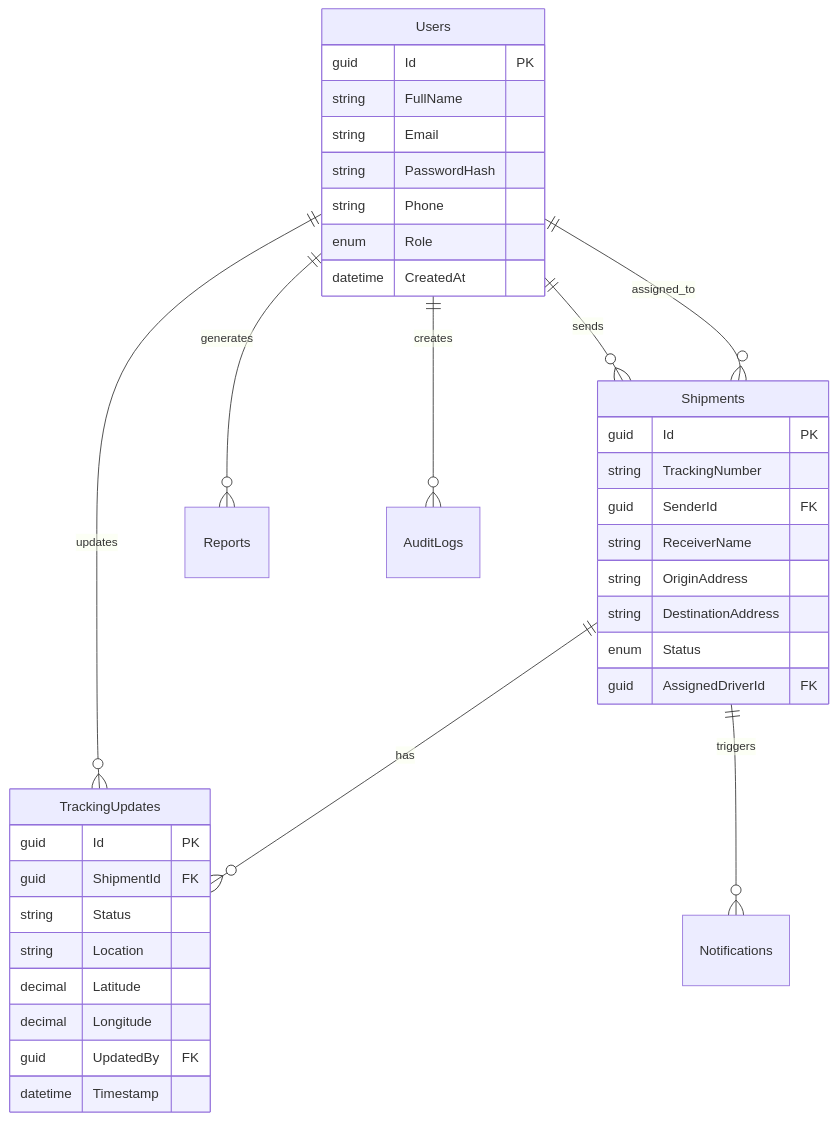
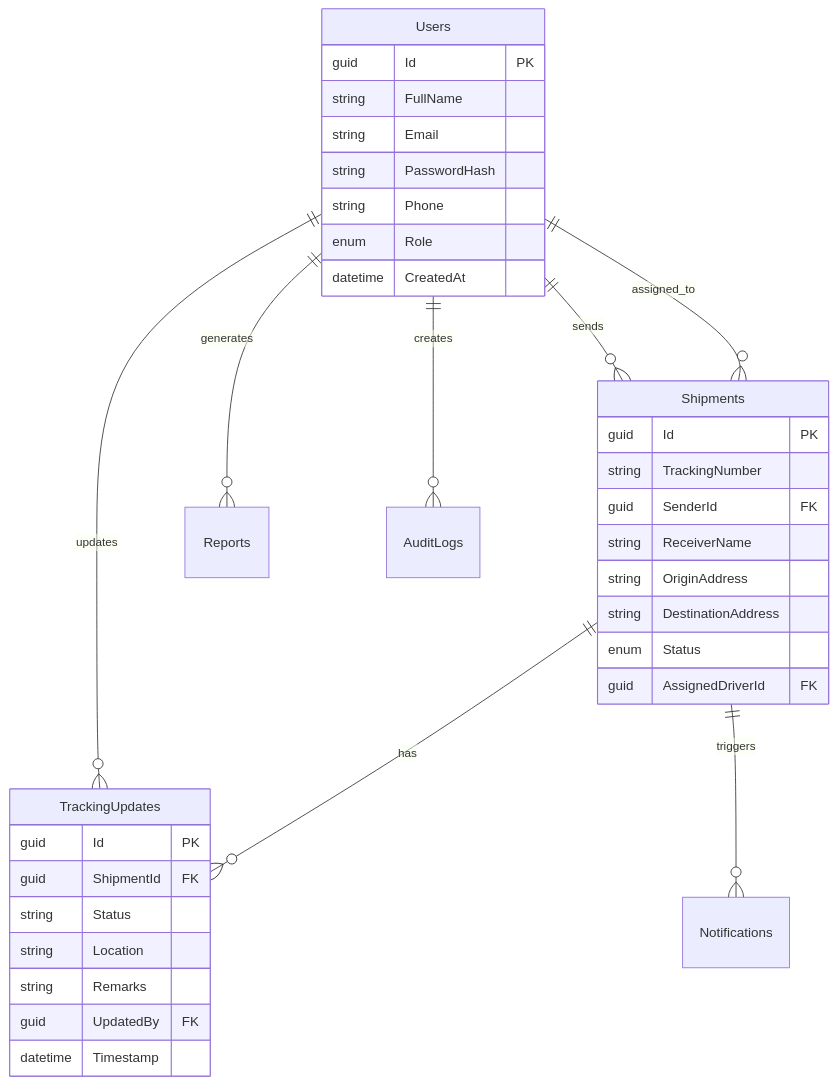
One commit to Amarnath-18/DemoProj changed the second of 3 diagrams in demoProject/README.md. Above: the diagram before and after it, drawn with Mermaid. The commit also changed other lines of this file and 32 other files, not shown here.

````diff
--- a/demoProject/README.md
+++ b/demoProject/README.md
@@ -365,42 +384,41 @@
 ```mermaid
 erDiagram
     Users ||--o{ Shipments : "sends"
     Users ||--o{ Shipments : "assigned_to"
     Users ||--o{ TrackingUpdates : "updates"
     Users ||--o{ Reports : "generates"
     Users ||--o{ AuditLogs : "creates"
     Shipments ||--o{ TrackingUpdates : "has"
     Shipments ||--o{ Notifications : "triggers"
     
     Users {
         guid Id PK
         string FullName
         string Email
         string PasswordHash
         string Phone
         enum Role
         datetime CreatedAt
     }
     
     Shipments {
         guid Id PK
         string TrackingNumber
         guid SenderId FK
         string ReceiverName
         string OriginAddress
         string DestinationAddress
         enum Status
         guid AssignedDriverId FK
     }
     
     TrackingUpdates {
         guid Id PK
         guid ShipmentId FK
         string Status
         string Location
-        decimal Latitude
-        decimal Longitude
+        string Remarks
         guid UpdatedBy FK
         datetime Timestamp
     }
 ```
````
